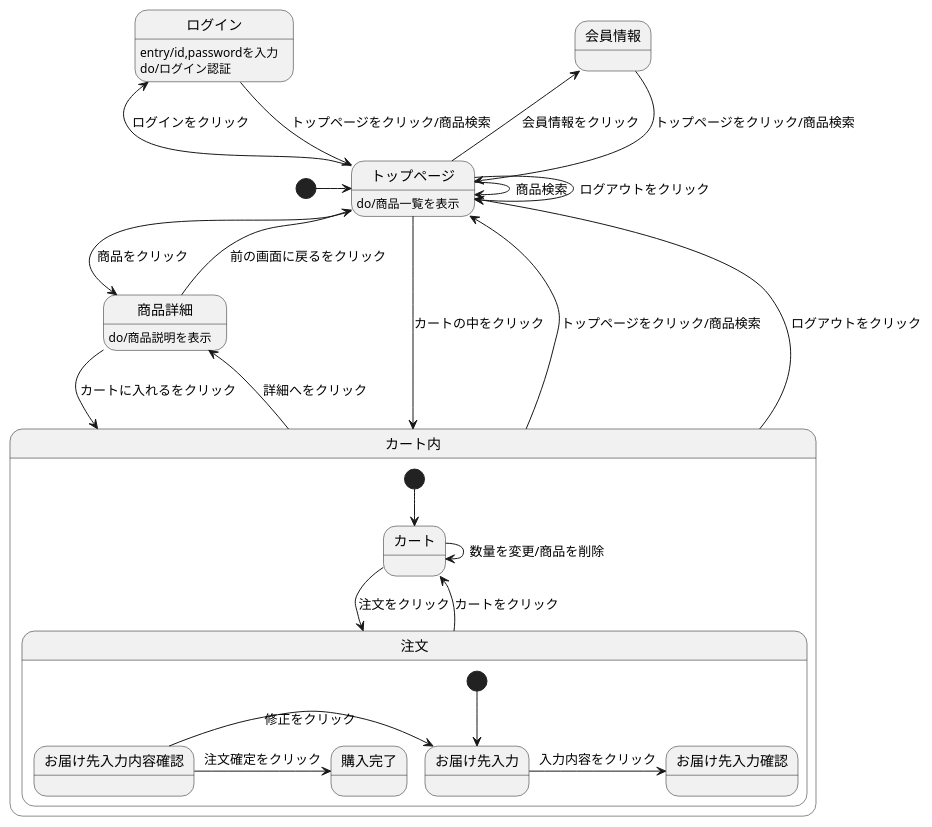
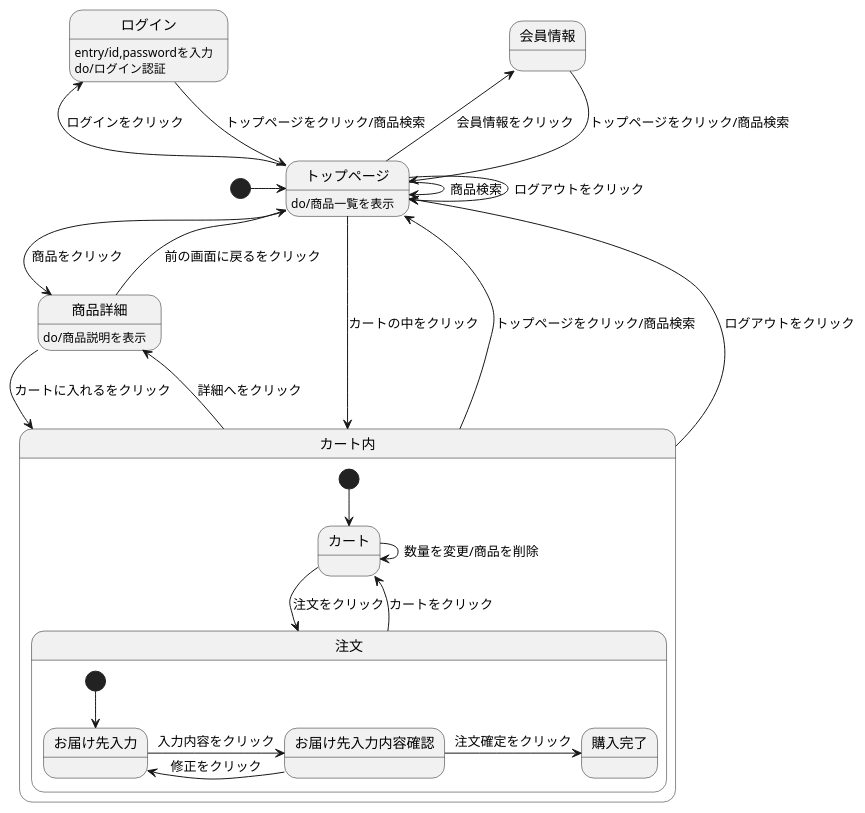
The diagram in kadai10.md (Aso2001392/2021sys-design), drawn with PlantUML before and after one commit.

````diff
--- a/kadai10.md
+++ b/kadai10.md
@@ -1,37 +1,37 @@
 ```uml
 @startuml
 
 [*] -> トップページ
 会員情報 --> トップページ : トップページをクリック/商品検索
 ログイン --> トップページ : トップページをクリック/商品検索
 ログイン : entry/id,passwordを入力
 ログイン : do/ログイン認証
 トップページ --> トップページ : ログアウトをクリック
 トップページ -> トップページ : 商品検索
 トップページ -> 商品詳細 : 商品をクリック
 トップページ -left-> 会員情報 : 会員情報をクリック
 トップページ -left-> ログイン : ログインをクリック
 トップページ --> カート内 : カートの中をクリック
 トップページ : do/商品一覧を表示
 商品詳細 --> カート内 : カートに入れるをクリック
 商品詳細 --> トップページ : 前の画面に戻るをクリック
 商品詳細 : do/商品説明を表示
 カート内 -up-> トップページ : トップページをクリック/商品検索
 カート内 -up-> トップページ : ログアウトをクリック
 カート内 -> 商品詳細 : 詳細へをクリック
 
 state カート内{
 [*] --> カート
 カート -> 注文 : 注文をクリック
 カート -> カート : 数量を変更/商品を削除
 注文 --> カート : カートをクリック
 state 注文{
 [*] --> お届け先入力
- お届け先入力 -> お届け先入力確認 : 入力内容をクリック
+ お届け先入力 -> お届け先入力内容確認 : 入力内容をクリック
  お届け先入力内容確認 ->  お届け先入力 : 修正をクリック
  お届け先入力内容確認 ->  購入完了 : 注文確定をクリック
  }
 }
 @enduml
 
 ```
````
